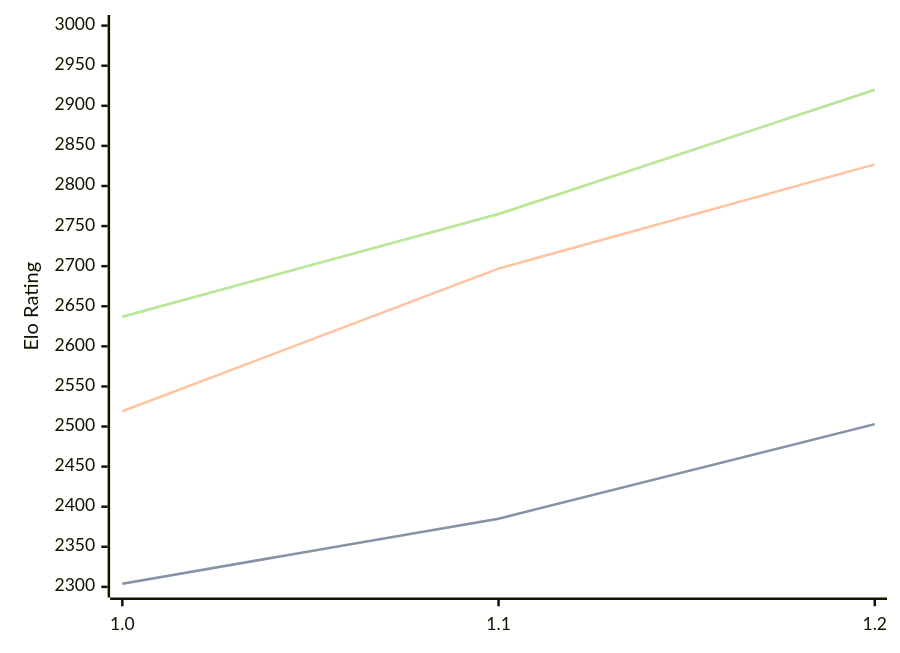
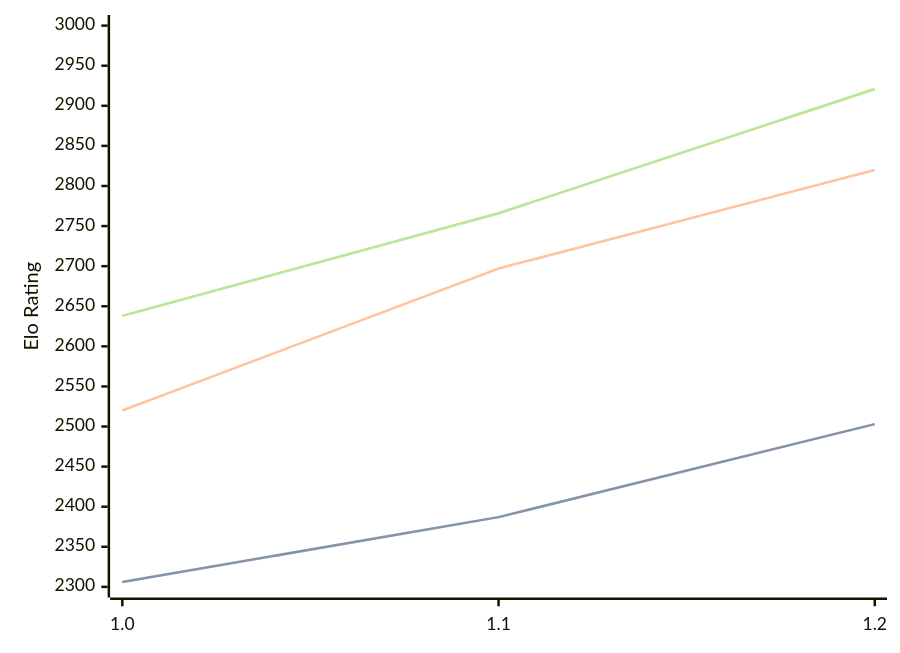
Before and after one commit to computer-chess-index/cci: the diagram in engines/FoxChess.md, drawn with Mermaid. The commit also changed other lines of this file, not shown here.

Commit message:
Update CCI Ratings (ELO VLTC) - 2026-07-23

````diff
--- a/engines/FoxChess.md
+++ b/engines/FoxChess.md
@@ -33,11 +33,11 @@
 ```mermaid
 %%{init: {"theme":"base","themeVariables":{"seriesColors:['#a3a3a3','#222221','#faa371']}}}%%
 xychart-beta
   x-axis ["1.0", "1.1", "1.2"]
   y-axis "Elo Rating" 2300 --> 3000
-  line "STC (8.0+0.08s)" [2304, 2385, 2503]
-  line "STC (8.0+0.08s)" [2304, 2385, 2503]
-  line "LTC (60.0+0.60s)" [2519, 2697, 2827]
-  line "VLTC (2m24s+1.12s)" [2637, 2765, 2920]
-  line "VLTC (2m24s+1.12s)" [2637, 2765, 2920]
+  line "STC (8.0+0.08s)" [2306, 2387, 2503]
+  line "STC (8.0+0.08s)" [2306, 2387, 2503]
+  line "LTC (60.0+0.60s)" [2520, 2697, 2820]
+  line "VLTC (2m24s+1.12s)" [2638, 2766, 2921]
+  line "VLTC (2m24s+1.12s)" [2638, 2766, 2921]
 ```
````
